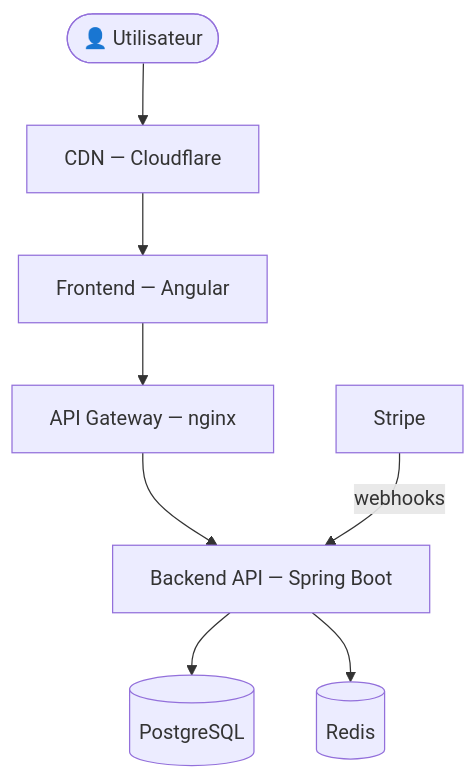
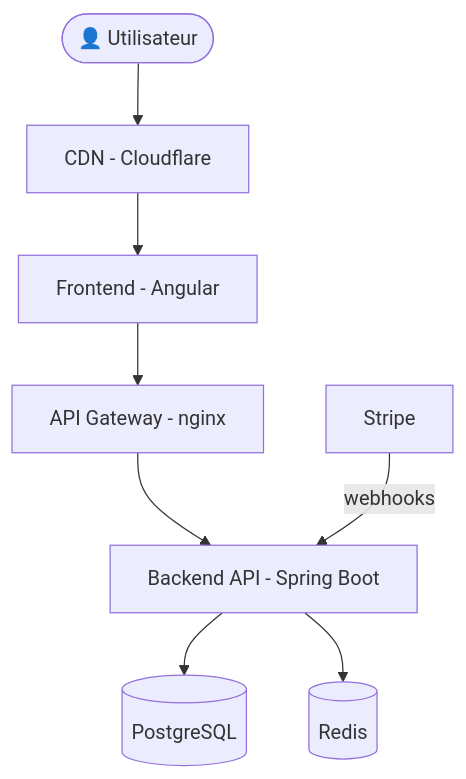
Before and after one commit to anthony-openclassroom/p10-yourcaryourway: the diagram in docs/resume.md, drawn with Mermaid. The commit also changed other lines of this file and 10 other files, not shown here.

````diff
--- a/docs/resume.md
+++ b/docs/resume.md
@@ -31,16 +31,16 @@
 ```mermaid
 flowchart TD
     U(["👤 Utilisateur"])
-    CDN["CDN — Cloudflare"]
-    FE["Frontend — Angular"]
-    GW["API Gateway — nginx"]
-    BE["Backend API — Spring Boot"]
+    CDN["CDN - Cloudflare"]
+    FE["Frontend - Angular"]
+    GW["API Gateway - nginx"]
+    BE["Backend API - Spring Boot"]
     DB[("PostgreSQL")]
     CACHE[("Redis")]
     STRIPE["Stripe"]
 
     U --> CDN --> FE --> GW --> BE
     BE --> DB
     BE --> CACHE
     STRIPE -->|"webhooks"| BE
 ```
````
